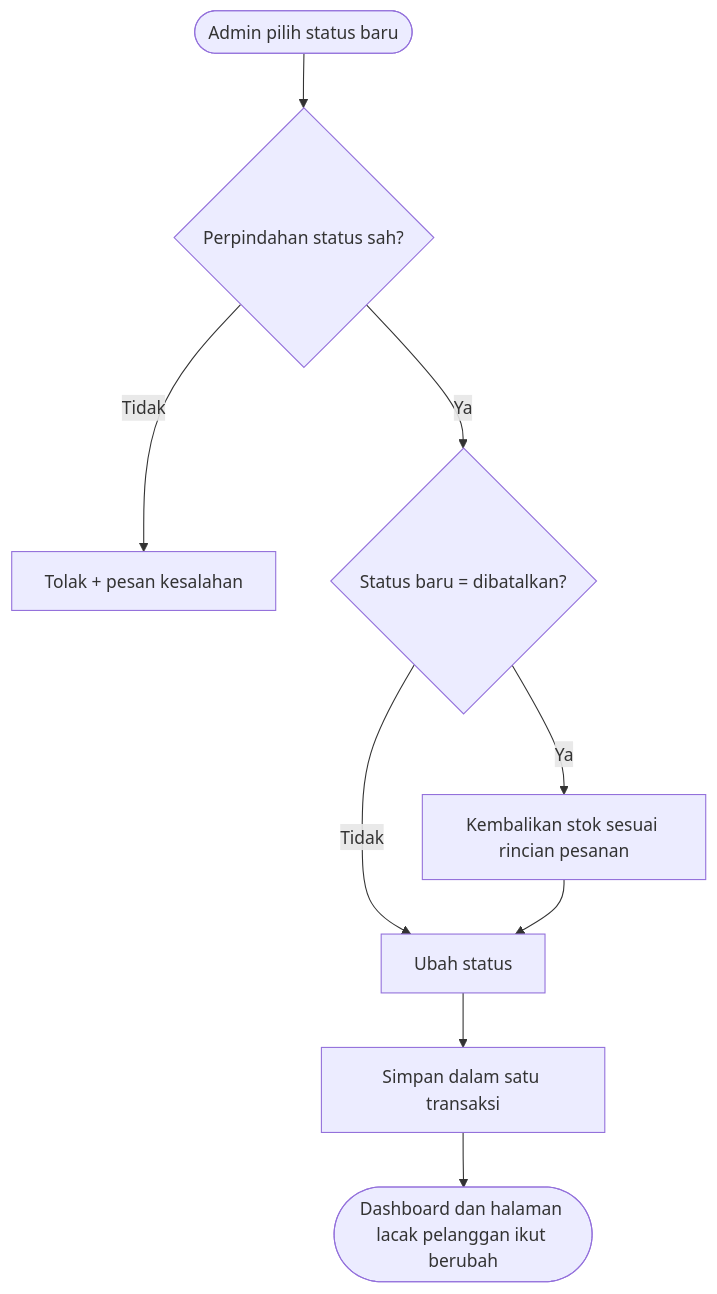
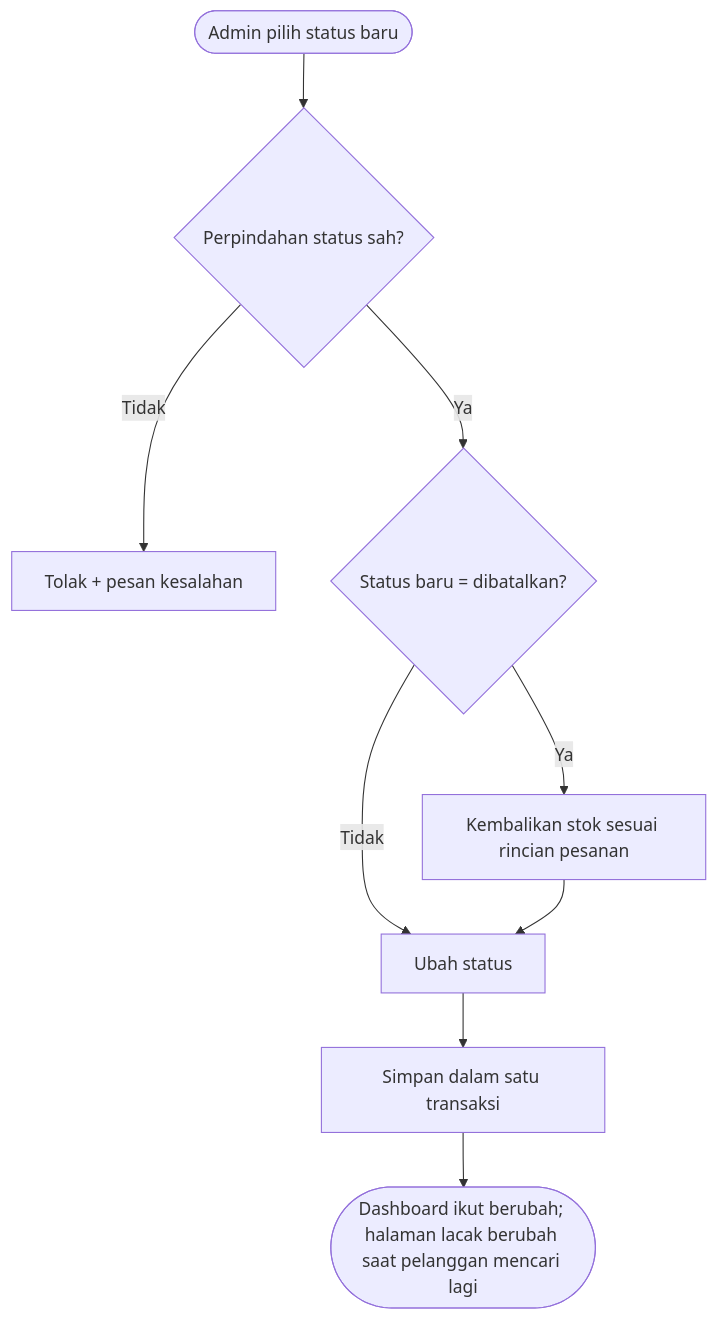
The eighth of 9 diagrams in docs/FLOWCHART.md (arikmhm/awm-fullstack), drawn with Mermaid before and after one commit. The commit also changed other lines of this file and 2 other files, not shown here.

Commit message:
docs: lacak pesanan cukup dengan kode atau nomor HP, tanpa polling

````diff
--- a/docs/FLOWCHART.md
+++ b/docs/FLOWCHART.md
@@ -181,11 +178,11 @@
 ```mermaid
 flowchart TD
     A([Admin pilih status baru]) --> B{Perpindahan status sah?}
     B -- Tidak --> X[Tolak + pesan kesalahan]
     B -- Ya --> C{Status baru = dibatalkan?}
     C -- Ya --> D[Kembalikan stok sesuai rincian pesanan]
     C -- Tidak --> E[Ubah status]
     D --> E
     E --> F[Simpan dalam satu transaksi]
-    F --> G([Dashboard dan halaman lacak pelanggan ikut berubah])
+    F --> G([Dashboard ikut berubah; halaman lacak berubah saat pelanggan mencari lagi])
 ```
````
